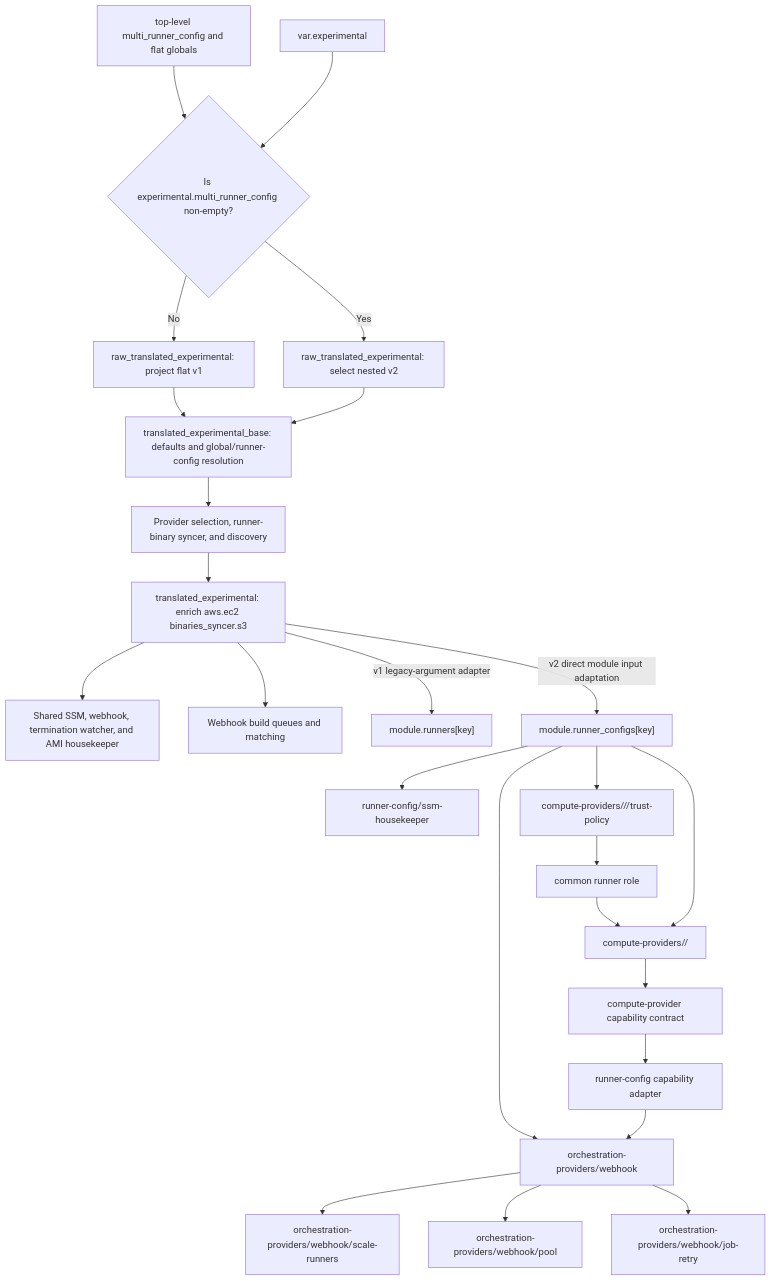
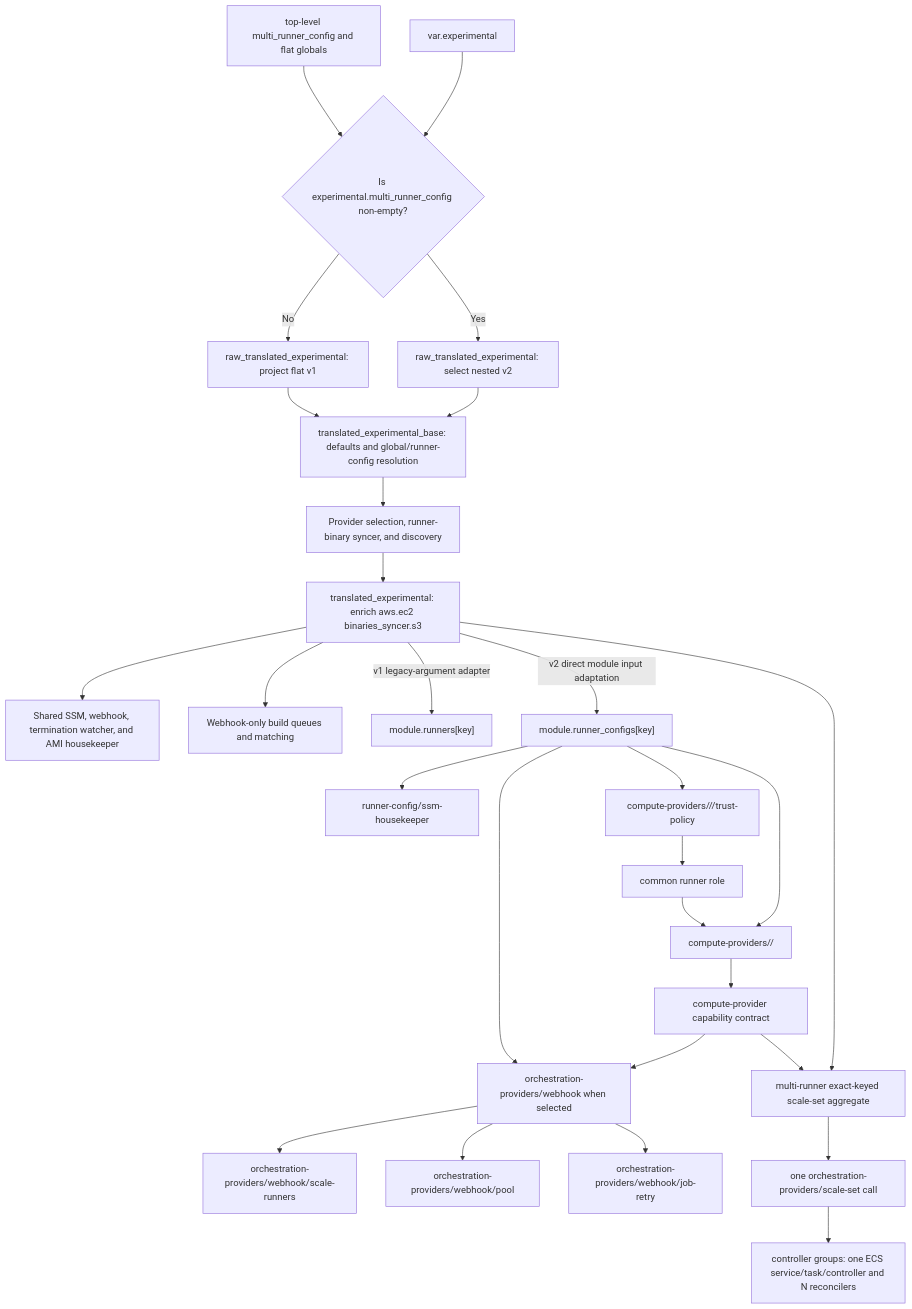
The diagram in docs/modules/internal/compute-provider-refactor.md (github-aws-runners/terraform-aws-github-runner), drawn with Mermaid before and after one commit. The commit also changed other lines of this file and 119 other files, not shown here.

Commit message:
feat(scale-set): add grouped ECS orchestration

````diff
--- a/docs/modules/internal/compute-provider-refactor.md
+++ b/docs/modules/internal/compute-provider-refactor.md
@@ -69,27 +72,30 @@
 ```mermaid
 flowchart TD
   Stable["top-level multi_runner_config and flat globals"] --> Select{"Is experimental.multi_runner_config non-empty?"}
   Experimental["var.experimental"] --> Select
   Select -->|No| V1["raw_translated_experimental: project flat v1"]
   Select -->|Yes| V2["raw_translated_experimental: select nested v2"]
   V1 --> Base["translated_experimental_base: defaults and global/runner-config resolution"]
   V2 --> Base
   Base --> Discovery["Provider selection, runner-binary syncer, and discovery"]
   Discovery --> Final["translated_experimental: enrich aws.ec2 binaries_syncer.s3"]
   Final --> Singleton["Shared SSM, webhook, termination watcher, and AMI housekeeper"]
-  Final --> Shared["Webhook build queues and matching"]
+  Final --> Shared["Webhook-only build queues and matching"]
   Final -->|v1 legacy-argument adapter| Legacy["module.runners[key]"]
   Final -->|v2 direct module input adaptation| RunnerConfig["module.runner_configs[key]"]
-  RunnerConfig --> Orchestration["orchestration-providers/webhook"]
+  RunnerConfig --> Orchestration["orchestration-providers/webhook when selected"]
   Orchestration --> Scaling["orchestration-providers/webhook/scale-runners"]
   Orchestration --> Pool["orchestration-providers/webhook/pool"]
   Orchestration --> Retry["orchestration-providers/webhook/job-retry"]
   RunnerConfig --> Housekeeper["runner-config/ssm-housekeeper"]
   RunnerConfig --> Trust["compute-providers/<namespace>/<provider>/trust-policy"]
   Trust --> Role["common runner role"]
   Role --> Provider
   RunnerConfig --> Provider["compute-providers/<namespace>/<provider>"]
   Provider --> Contract["compute-provider capability contract"]
-  Contract --> Adapter["runner-config capability adapter"]
-  Adapter --> Orchestration
+  Contract --> Orchestration
+  Contract --> Aggregate["multi-runner exact-keyed scale-set aggregate"]
+  Final --> Aggregate
+  Aggregate --> ScaleSet["one orchestration-providers/scale-set call"]
+  ScaleSet --> Groups["controller groups: one ECS service/task/controller and N reconcilers"]
 ```
````
